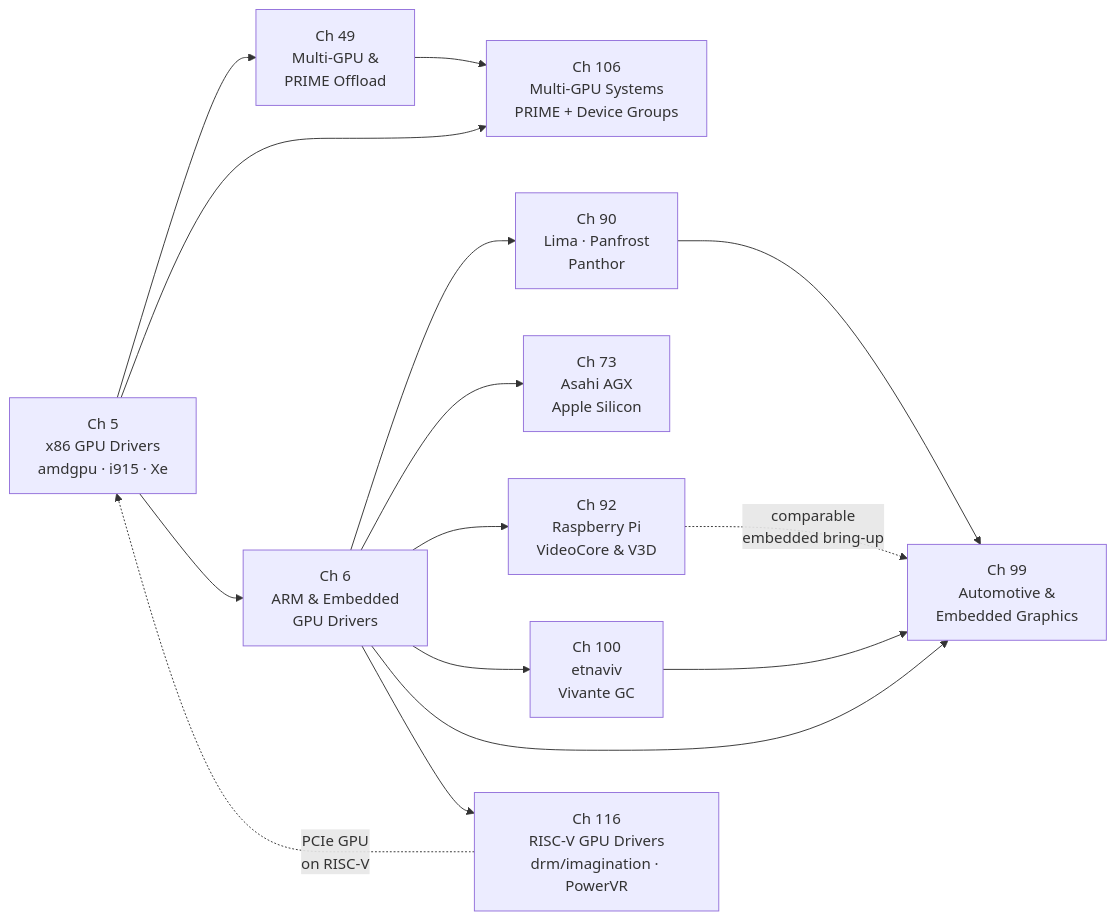
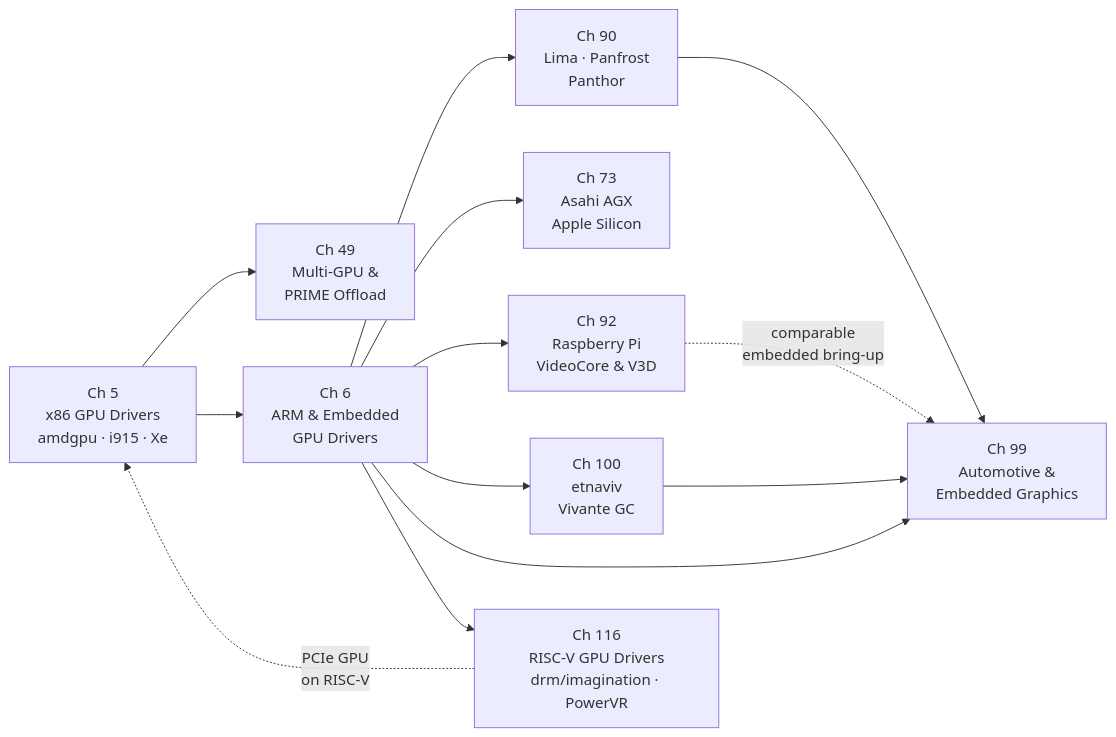
Before and after one commit to jreuben11/linux-graphics-stack-book: the diagram in chapters/part-02-gpu-drivers/part-intro.md, drawn with Mermaid. The commit also changed other lines of this file and 10 other files, not shown here.

````diff
--- a/chapters/part-02-gpu-drivers/part-intro.md
+++ b/chapters/part-02-gpu-drivers/part-intro.md
@@ -91,28 +95,25 @@
 ```mermaid
 graph LR
     CH05["Ch 5\nx86 GPU Drivers\namdgpu · i915 · Xe"]
     CH06["Ch 6\nARM & Embedded\nGPU Drivers"]
     CH49["Ch 49\nMulti-GPU &\nPRIME Offload"]
     CH73["Ch 73\nAsahi AGX\nApple Silicon"]
     CH90["Ch 90\nLima · Panfrost\nPanthor"]
     CH92["Ch 92\nRaspberry Pi\nVideoCore & V3D"]
     CH100["Ch 100\netnaviv\nVivante GC"]
     CH99["Ch 99\nAutomotive &\nEmbedded Graphics"]
-    CH106["Ch 106\nMulti-GPU Systems\nPRIME + Device Groups"]
     CH116["Ch 116\nRISC-V GPU Drivers\ndrm/imagination · PowerVR"]
 
     CH05 --> CH49
-    CH05 --> CH106
     CH05 --> CH06
     CH06 --> CH90
     CH06 --> CH73
     CH06 --> CH92
     CH06 --> CH100
     CH06 --> CH99
     CH06 --> CH116
     CH90 --> CH99
     CH100 --> CH99
-    CH49 --> CH106
     CH92 -. "comparable\nembedded bring-up" .-> CH99
     CH116 -. "PCIe GPU\non RISC-V" .-> CH05
 ```
````
